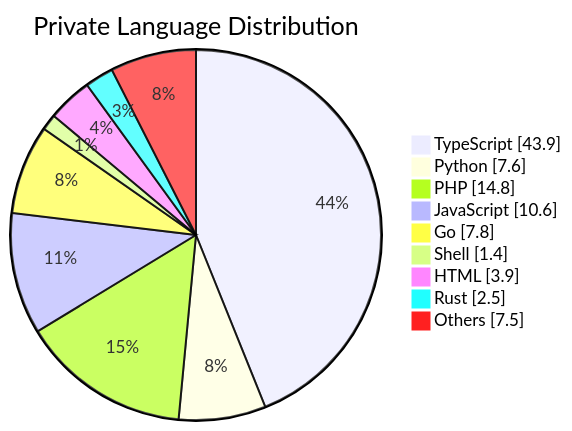
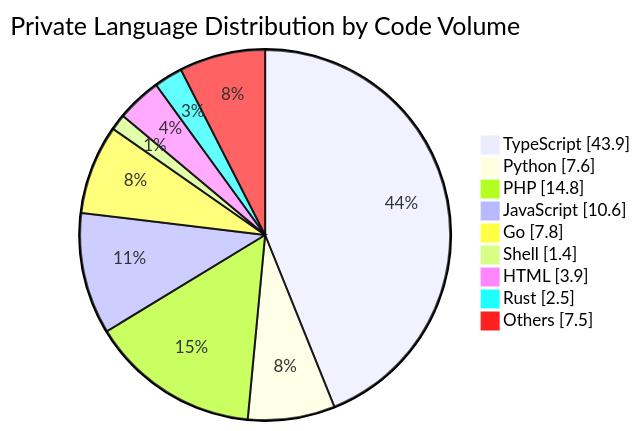
The diagram in README.md (Lamy210/Lamy210), drawn with Mermaid before and after one commit. The commit also changed other lines of this file and 2 other files, not shown here.

Commit message:
feat: enhance private technology summary

````diff
--- a/README.md
+++ b/README.md
@@ -47,13 +47,13 @@
 ```mermaid
 pie showData
-    title Private Language Distribution
+    title Private Language Distribution by Code Volume
     "TypeScript" : 43.9
     "Python" : 7.6
     "PHP" : 14.8
     "JavaScript" : 10.6
     "Go" : 7.8
     "Shell" : 1.4
     "HTML" : 3.9
     "Rust" : 2.5
     "Others" : 7.5
 ```
````
